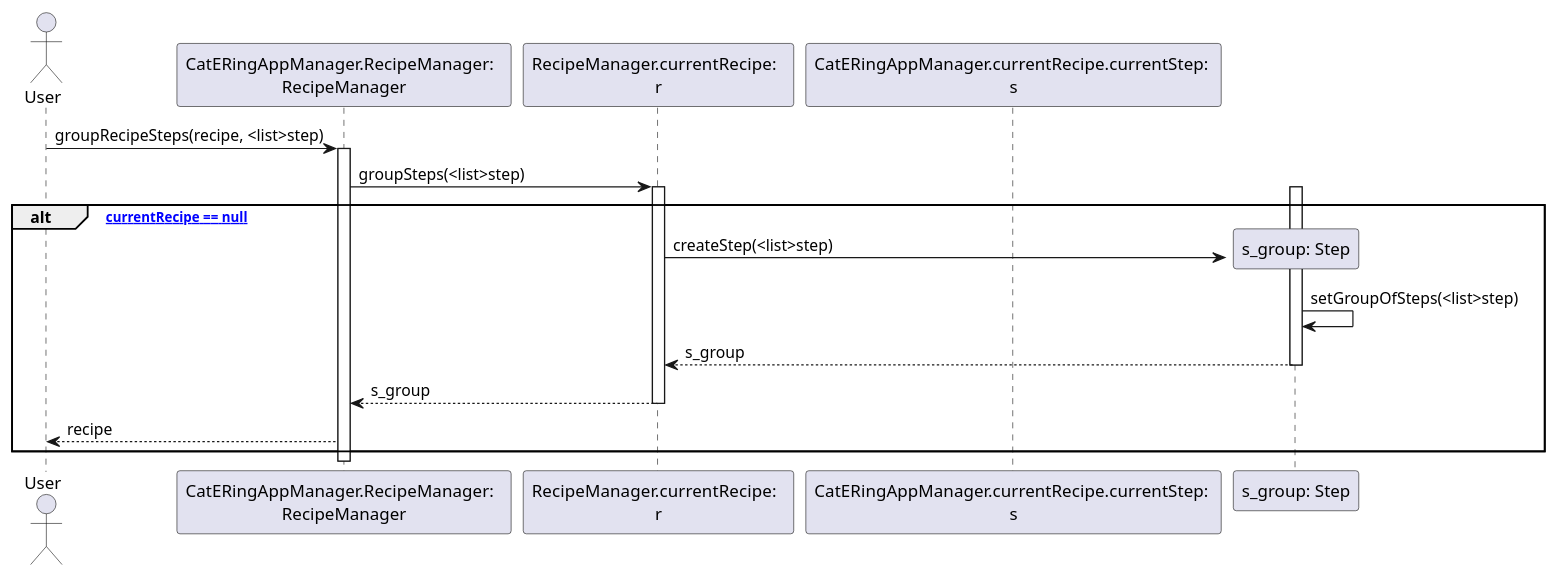
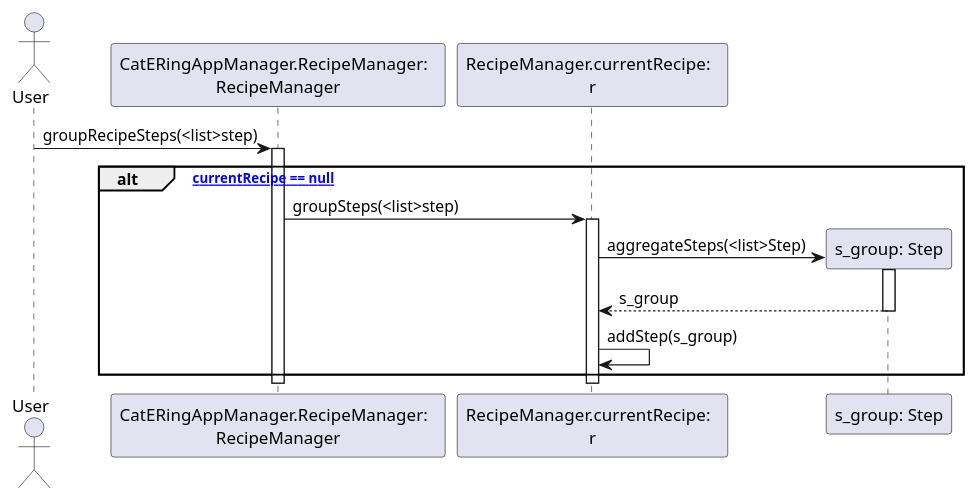
One commit to m0canu1/sas changed the diagram in dsd/dsd-ricette/2c-groupSteps.md. Above: the diagram before and after it, drawn with PlantUML. The commit also changed 8 other files, not shown here.

````diff
--- a/dsd/dsd-ricette/2c-groupSteps.md
+++ b/dsd/dsd-ricette/2c-groupSteps.md
@@ -1,27 +1,25 @@
 ```plantuml
 
 Actor User
 Participant "CatERingAppManager.RecipeManager:  \nRecipeManager" as RM
 Participant "RecipeManager.currentRecipe:  \nr" as CR
-Participant "CatERingAppManager.currentRecipe.currentStep: \ns" as CS
 
-User -> RM: groupRecipeSteps(recipe, <list>step)
+User -> RM: groupRecipeSteps(<list>step)
 activate RM
+alt ["currentRecipe == null"]
 RM -> CR: groupSteps(<list>step)
 activate CR
-alt ["currentRecipe == null"]
 
     create "s_group: Step"
+
+    CR -> "s_group: Step": aggregateSteps(<list>Step) 
     Activate "s_group: Step"
 
-    CR -> "s_group: Step": createStep(<list>step) 
-
-    "s_group: Step" -> "s_group: Step": setGroupOfSteps(<list>step)
     "s_group: Step" --> CR: s_group
-    deactivate "s_group: Step"
-    CR --> RM: s_group
-    deactivate CR
-    RM --> User: recipe
+    Deactivate "s_group: Step"
+    CR -> CR: addStep(s_group)
 end
+deactivate CR
+deactivate RM
 
 ```
````
